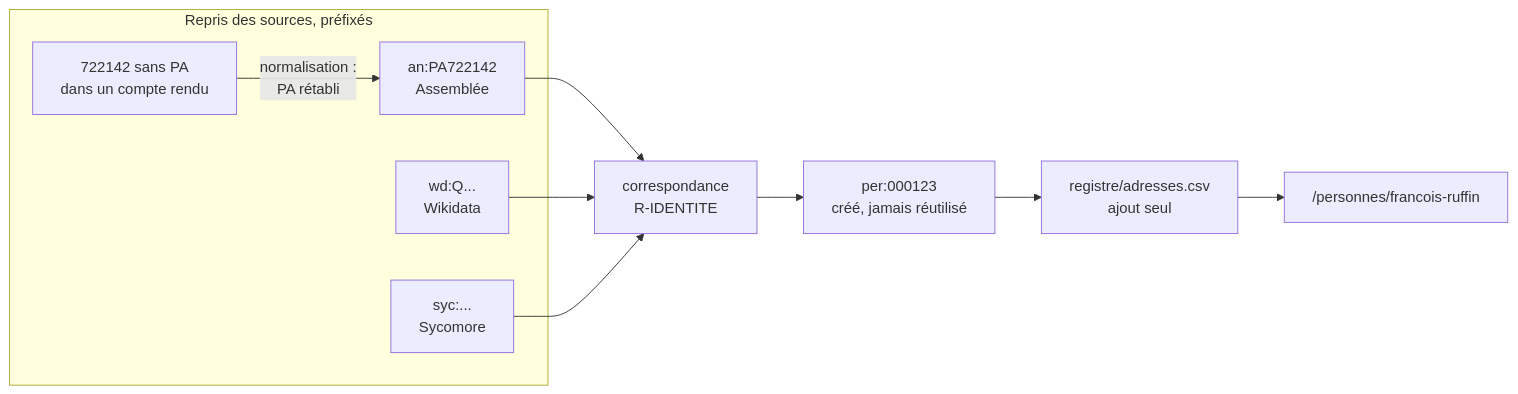
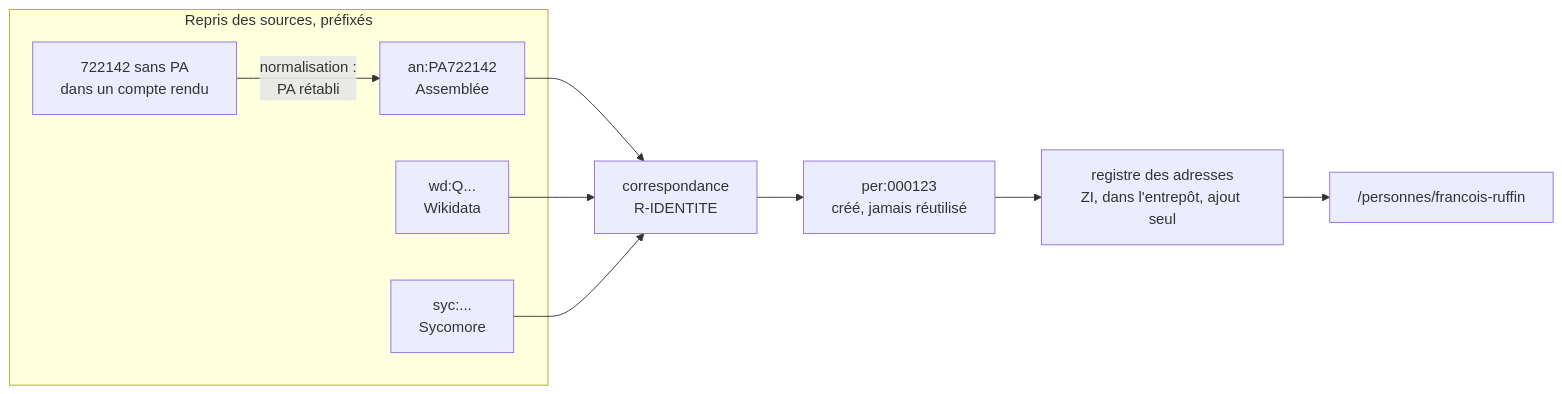
The second of 19 diagrams in livrables/1-modele-de-donnees.md (stephieED/Empreinte-politique-new-pipeline-test), drawn with Mermaid before and after one commit. The commit also changed other lines of this file and 8 other files, not shown here.

````diff
--- a/livrables/1-modele-de-donnees.md
+++ b/livrables/1-modele-de-donnees.md
@@ -172,16 +184,16 @@
 ```mermaid
 flowchart LR
     subgraph SRC["Repris des sources, préfixés"]
         A1["an:PA722142<br/>Assemblée"]
         A2["wd:Q...<br/>Wikidata"]
         A3["syc:...<br/>Sycomore"]
         A4["722142 sans PA<br/>dans un compte rendu"]
     end
     A4 -- "normalisation :<br/>PA rétabli" --> A1
     A1 --> C["correspondance<br/>R-IDENTITE"]
     A2 --> C
     A3 --> C
     C --> P["per:000123<br/>créé, jamais réutilisé"]
-    P --> R["registre/adresses.csv<br/>ajout seul"]
+    P --> R["registre des adresses<br/>ZI, dans l'entrepôt, ajout seul"]
     R --> U["/personnes/francois-ruffin"]
 ```
````
